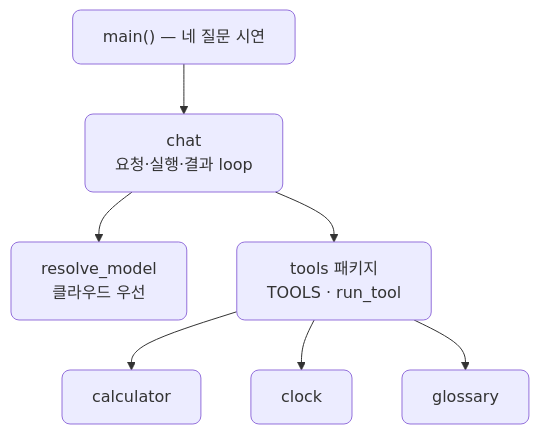
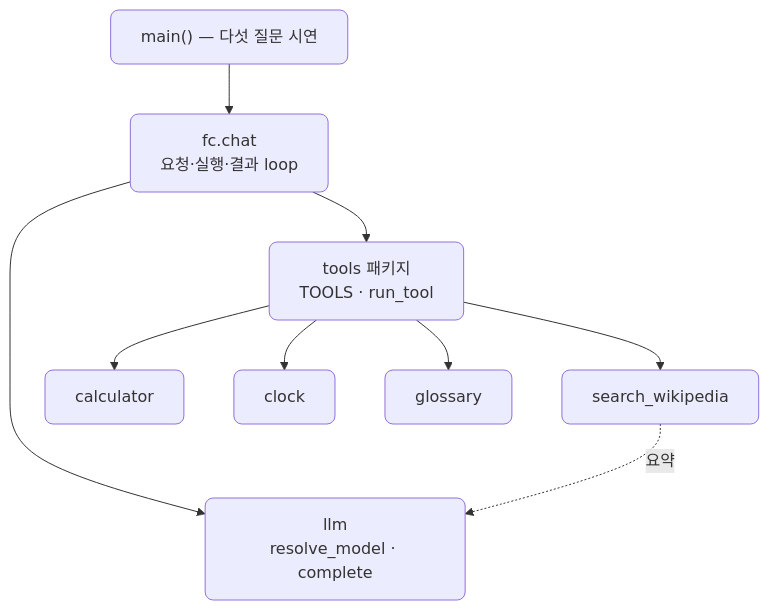
The fifth of 5 diagrams in docs/section3/lec01/README.md (CodeCompose7/ai_service_engineering), drawn with Mermaid before and after one commit. The commit also changed other lines of this file and 5 other files, not shown here.

````diff
--- a/docs/section3/lec01/README.md
+++ b/docs/section3/lec01/README.md
@@ -144,11 +144,13 @@
 ```mermaid
 flowchart TB
-  MAIN["main() — 네 질문 시연"]
-  MAIN --> CHAT["chat<br/>요청·실행·결과 loop"]
-  CHAT --> RM["resolve_model<br/>클라우드 우선"]
+  MAIN["main() — 다섯 질문 시연"]
+  MAIN --> CHAT["fc.chat<br/>요청·실행·결과 loop"]
+  CHAT --> LLM["llm<br/>resolve_model · complete"]
   CHAT --> TP["tools 패키지<br/>TOOLS · run_tool"]
   TP --> T1["calculator"]
   TP --> T2["clock"]
   TP --> T3["glossary"]
+  TP --> T4["search_wikipedia"]
+  T4 -. 요약 .-> LLM
   classDef default rx:8,ry:8;
 ```
````
